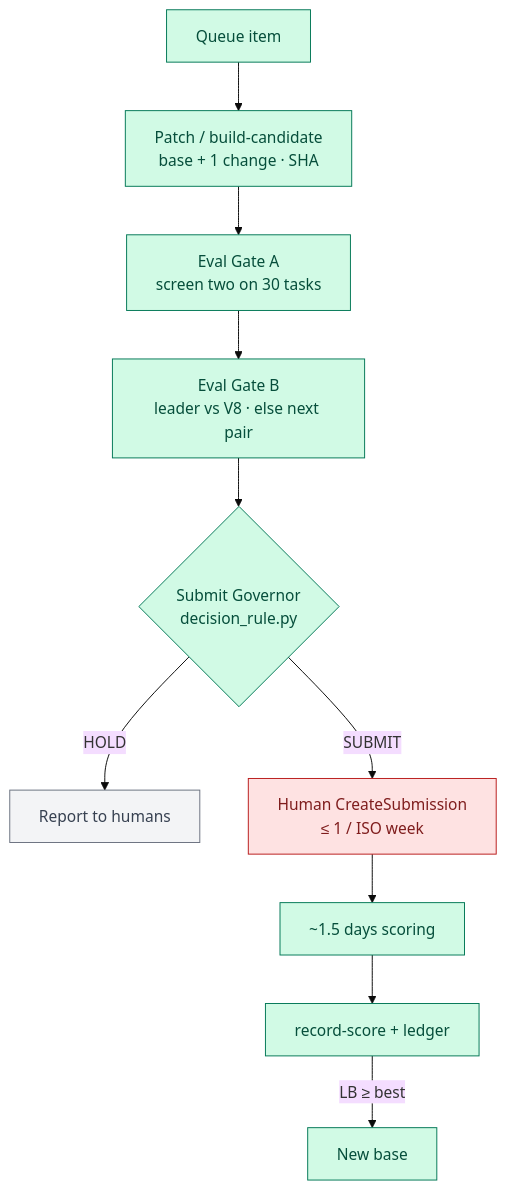
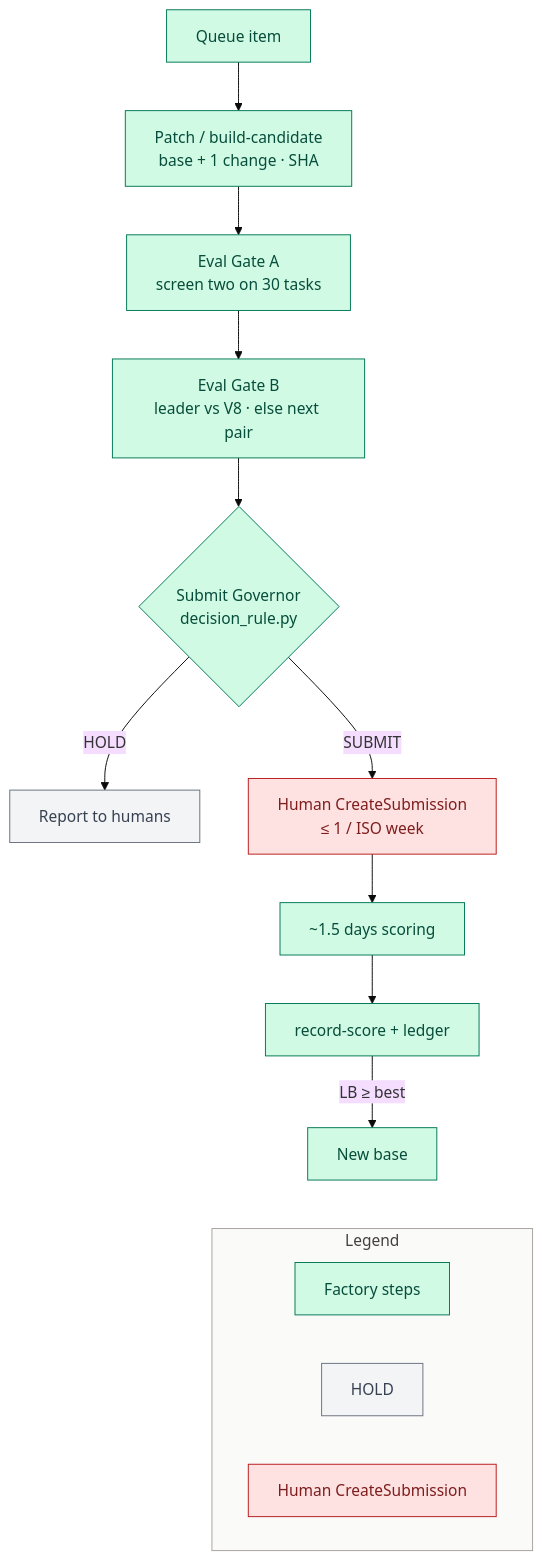
One commit to khaosans/noisegate-gemma4-factory changed the second of 7 diagrams in docs/wiki/Architecture.md. Above: the diagram before and after it, drawn with Mermaid (base theme). The commit also changed other lines of this file and 4 other files, not shown here.

First line of the commit message:
docs: move Mermaid color legends into diagram subgraphs

````diff
--- a/docs/wiki/Architecture.md
+++ b/docs/wiki/Architecture.md
@@ -71,19 +72,28 @@
 ```mermaid
 flowchart TB
   Q[Queue item] --> BC[Patch / build-candidate<br/>base + 1 change · SHA]
   BC --> GA[Eval Gate A<br/>screen two on 30 tasks]
   GA --> GB[Eval Gate B<br/>leader vs V8 · else next pair]
   GB --> WD{Submit Governor<br/>decision_rule.py}
   WD -->|HOLD| RH[Report to humans]
   WD -->|SUBMIT| CS[Human CreateSubmission<br/>≤ 1 / ISO week]
   CS --> Wait[~1.5 days scoring]
   Wait --> RS[record-score + ledger]
   RS -->|LB ≥ best| NB[New base]
 
+  subgraph Legend["Legend"]
+    direction LR
+    LegF[Factory steps]
+    LegH[HOLD]
+    LegS[Human CreateSubmission]
+  end
+  NB ~~~ LegF
+
   classDef factory fill:#D1FAE5,stroke:#047857,color:#064E3B
   classDef hitl fill:#FEE2E2,stroke:#B91C1C,color:#7F1D1D
   classDef hold fill:#F3F4F6,stroke:#6B7280,color:#374151
-  class Q,BC,GA,GB,WD,RS,NB,Wait factory
-  class CS hitl
-  class RH hold
+  class Q,BC,GA,GB,WD,RS,NB,Wait,LegF factory
+  class CS,LegS hitl
+  class RH,LegH hold
+  style Legend fill:#FAFAF9,stroke:#A8A29E,color:#44403C
 ```
````
